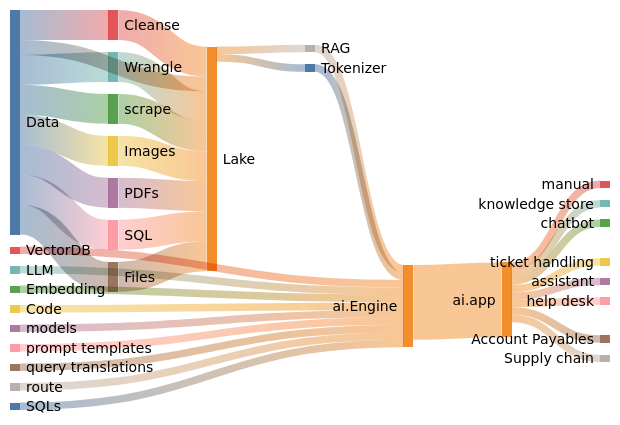
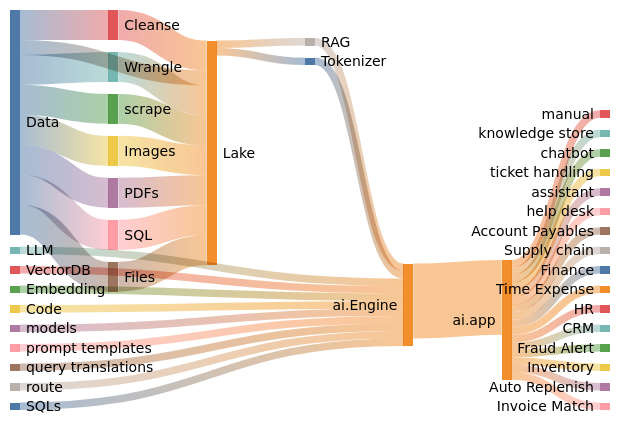
The second of 2 diagrams in README.md (AmitXShukla/GenAI), drawn with Mermaid (forest theme) before and after one commit.

````diff
--- a/README.md
+++ b/README.md
@@ -114,50 +114,57 @@
 ```mermaid
 ---
 config:
   sankey:
     showValues: false
 ---
 
 sankey-beta
 
 %% source,target,value
  Data, Lake, 20
  Data, Cleanse, 40
  Data, Wrangle, 40
  Data, scrape, 40
  Data, Images, 40
  Data, PDFs, 40
  Data, SQL, 40
  Data, Files, 40
  Cleanse, Lake, 40
  Wrangle,Lake, 40
  scrape, Lake,40
  Images,Lake, 40
  PDFs, Lake,40
  SQL, Lake,40
  Files, Lake,40
  Lake, RAG, 10
  Lake, Tokenizer, 10
  RAG, ai.Engine, 10
  Tokenizer, ai.Engine, 10
  VectorDB, ai.Engine, 10
  LLM, ai.Engine, 10
  Embedding, ai.Engine, 10
  Code, ai.Engine, 10
  models, ai.Engine, 10
  prompt templates, ai.Engine, 10
  query translations, ai.Engine, 10
  route, ai.Engine, 10
  SQLs, ai.Engine, 10
  ai.Engine, ai.app, 100
  ai.app, manual, 10
  ai.app, knowledge store, 10
  ai.app, chatbot, 10
  ai.app, ticket handling, 10
  ai.app, assistant, 10
  ai.app, help desk, 10
  ai.app, Account Payables, 10
  ai.app, Supply chain, 10
- 
+ ai.app, Finance, 10
+ ai.app, Time Expense, 10
+ ai.app, HR, 10
+ ai.app, CRM, 10
+ ai.app, Fraud Alert, 10
+ ai.app, Inventory, 10
+ ai.app, Auto Replenish, 10
+ ai.app, Invoice Match, 10
 
 ```
````
